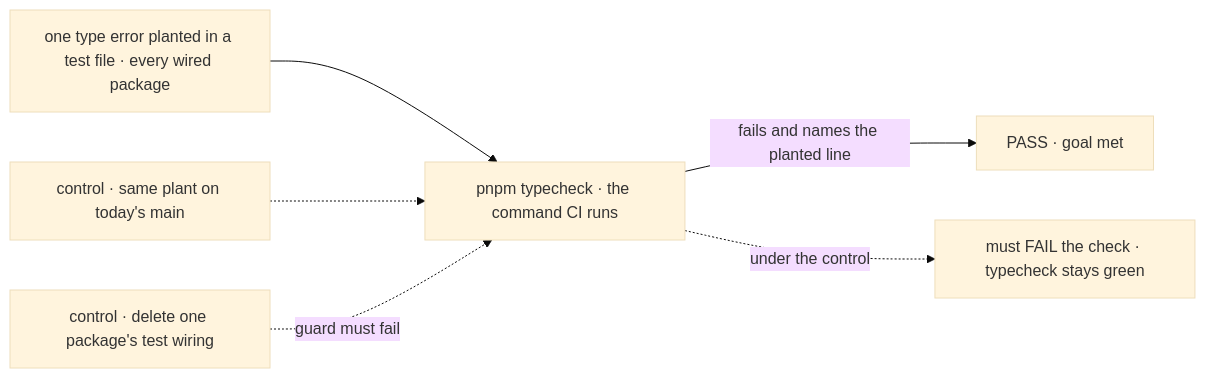
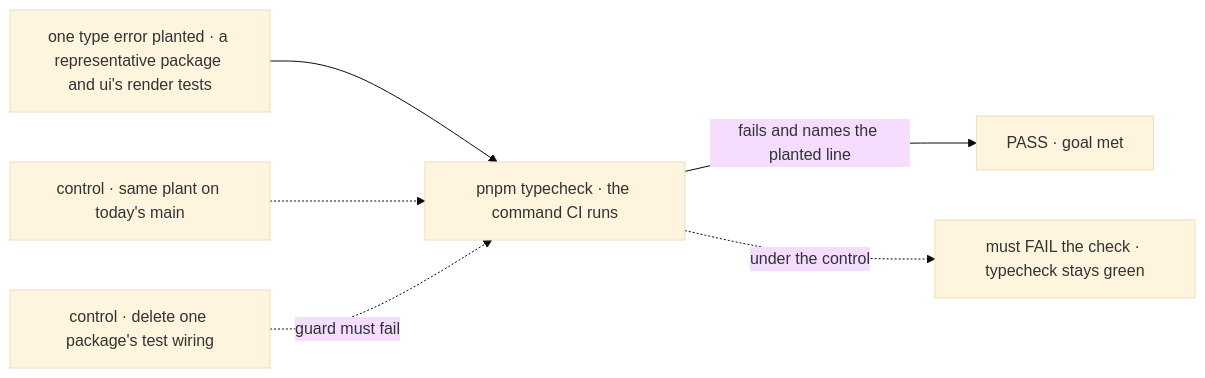
One commit to fixpoint-labs/flow-state-dev changed the first of 3 diagrams in specs/issues/FIX-1343/SPEC.md. Above: the diagram before and after it, drawn with Mermaid (base theme). The commit also changed other lines of this file and 4 other files, not shown here.

````diff
--- a/specs/issues/FIX-1343/SPEC.md
+++ b/specs/issues/FIX-1343/SPEC.md
@@ -28,8 +31,8 @@
 ```mermaid
 flowchart LR
-  P["one type error planted in a test file · every wired package"] --> T["pnpm typecheck · the command CI runs"]
+  P["one type error planted · a representative package and ui's render tests"] --> T["pnpm typecheck · the command CI runs"]
   T -->|"fails and names the planted line"| OK["PASS · goal met"]
   M["control · same plant on today's main"] -.-> T
   T -.->|"under the control"| F["must FAIL the check · typecheck stays green"]
   G["control · delete one package's test wiring"] -.->|"guard must fail"| T
 ```
````
